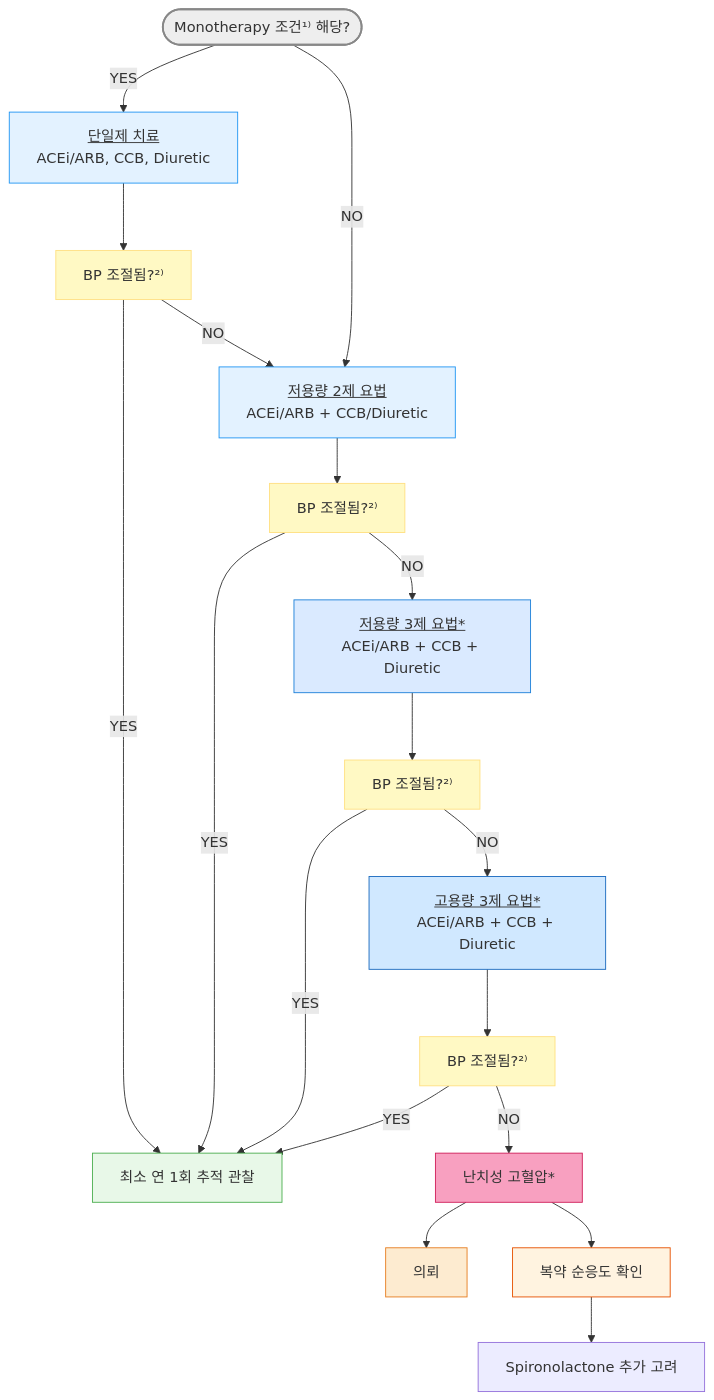
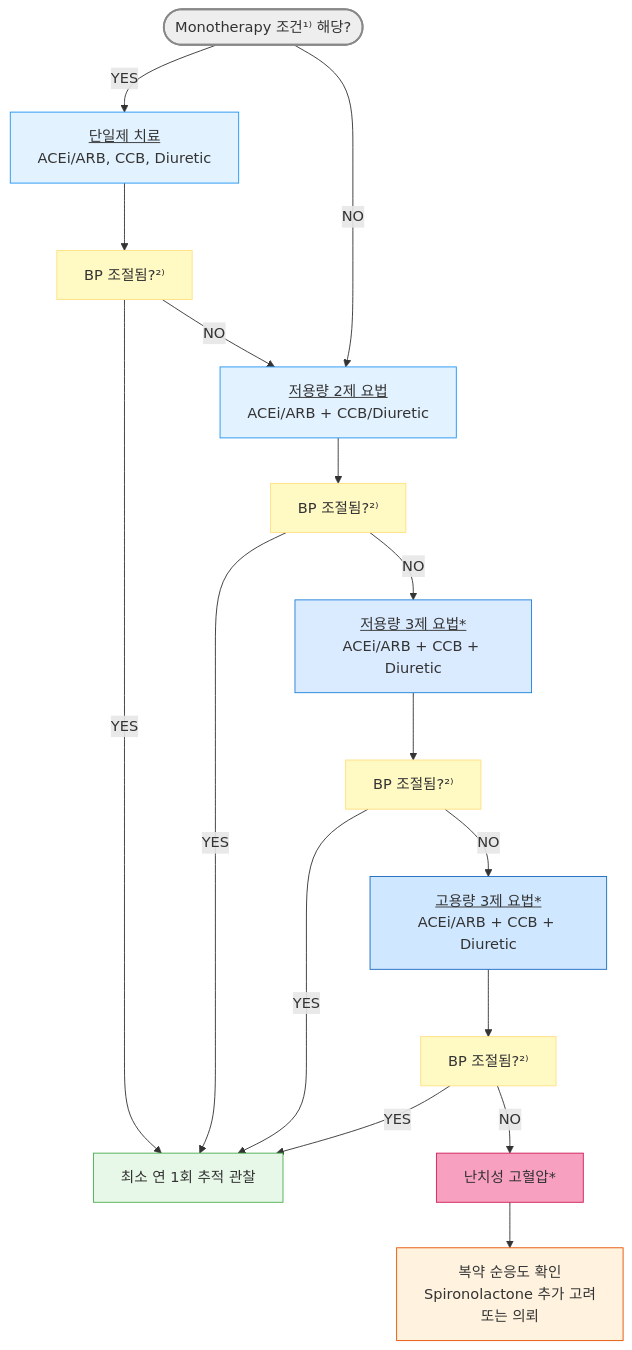
The fourth of 6 diagrams in 225_/095_-hypertension.md (familyoh77/familyoh77), drawn with Mermaid before and after one commit. The commit also changed other lines of this file, not shown here.

````diff
--- a/225_/095_-hypertension.md
+++ b/225_/095_-hypertension.md
@@ -917,51 +919,45 @@
 ```mermaid
 graph TD
     Start(["Monotherapy 조건¹⁾ 해당?"])
 style Start fill:#eeeeee,stroke:#888888,stroke-width:2px
     T0["<u>단일제 치료</u><br/>ACEi/ARB, CCB, Diuretic"]  
     T1["<u>저용량 2제 요법</u><br/>ACEi/ARB + CCB/Diuretic"]  
     T2["<u>저용량 3제 요법*</u><br/>ACEi/ARB + CCB + Diuretic"]
     T3["<u>고용량 3제 요법*</u><br/>ACEi/ARB + CCB + Diuretic"]
 style T0 fill:#e3f2ff,stroke:#2196f3
 style T1 fill:#e3f2ff,stroke:#2196f3
 style T2 fill:#daeaff,stroke:#1e80d9
 style T3 fill:#d0e8ff,stroke:#1a6abf
     Check0["BP 조절됨?²⁾"]
     Check1["BP 조절됨?²⁾"]
     Check2["BP 조절됨?²⁾"]
     Check3["BP 조절됨?²⁾"]
 classDef yellow fill:#fff9c4,stroke:#ffe082
 class Check0,Check1,Check2,Check3 yellow
     Resistant["난치성 고혈압*"]
 style Resistant fill:#f8a0c0,stroke:#d01f5a
-    Action1["의뢰"]
-style Action1 fill:#fdebd0,stroke:#e67e22
-    Action2["복약 순응도 확인"]
+    Action2["복약 순응도 확인<br/>Spironolactone 추가 고려<br/>또는 의뢰"]
 style Action2 fill:#fff3e0,stroke:#e65100
-    Action3["Spironolactone 추가 고려"]
-
     FU["최소 연 1회 추적 관찰"]
 style FU fill:#e8f8e8,stroke:#4caf50
     Start --YES--> T0
 
     T0 --> Check0
     Check0 -- YES --> FU
     Check0 -- NO --> T1
     Start --NO--> T1    
     T1 --> Check1
     Check1 -- YES --> FU
     Check1 -- NO --> T2
     
     T2 --> Check2
     Check2 -- YES --> FU
     Check2 -- NO --> T3
     
     T3 --> Check3
     Check3 -- YES --> FU
     Check3 -- NO --> Resistant
     
-    Resistant --> Action1
     Resistant --> Action2
-    Action2 --> Action3
 
 ```
````
